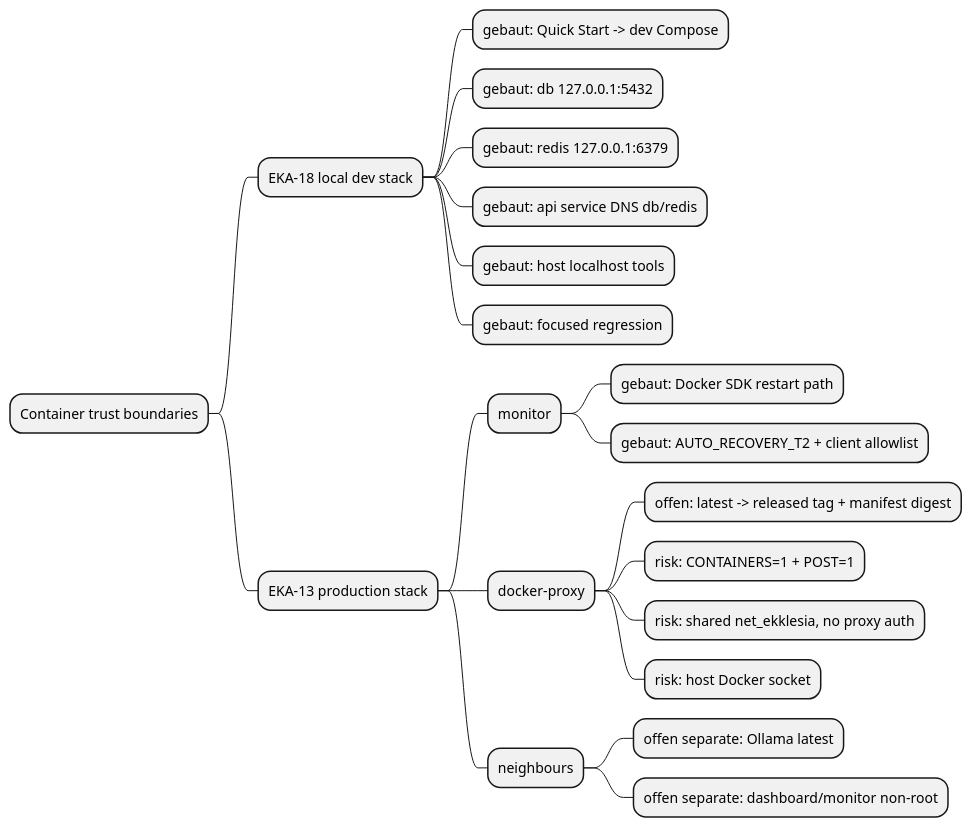
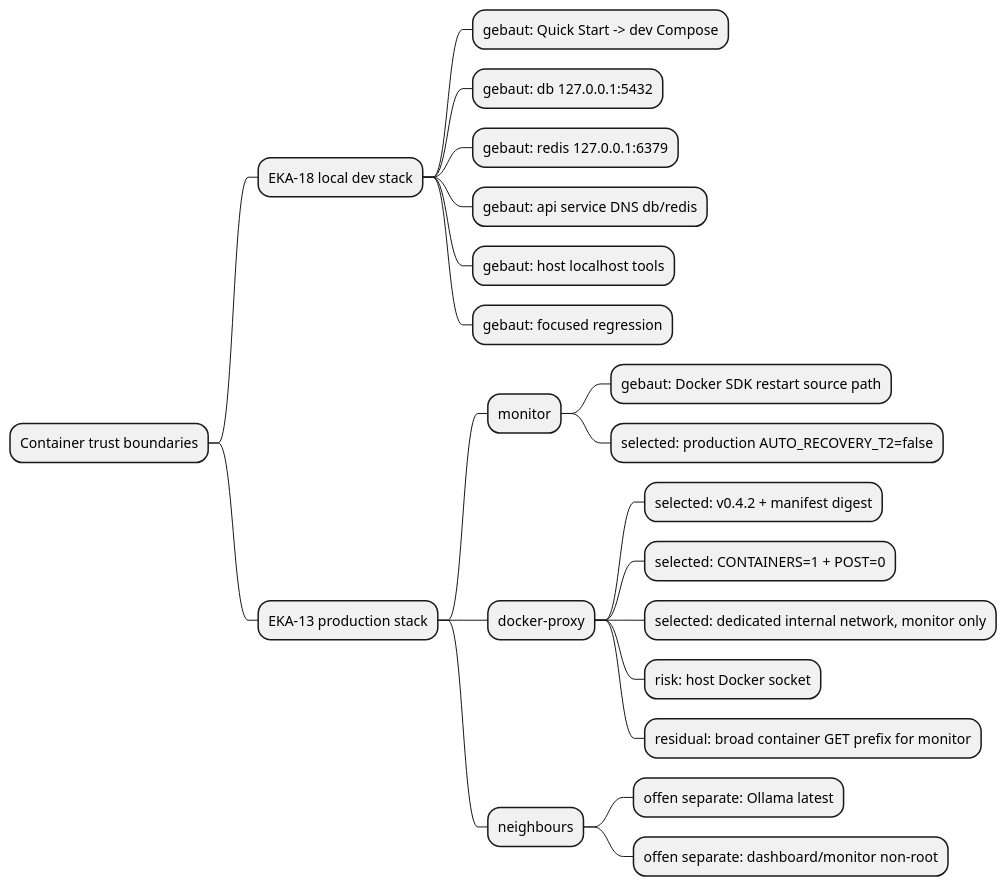
The first of 2 diagrams in docs/architecture/map.puml (NeaBouli/pnyx), drawn with PlantUML before and after one commit. The commit also changed other lines of this file and 6 other files, not shown here.

Commit message:
docs(architecture): select EKA-13 isolation boundary

```diff
--- a/docs/architecture/map.puml
+++ b/docs/architecture/map.puml
@@ -1,22 +1,23 @@
 @startmindmap
 * Container trust boundaries
 ** EKA-18 local dev stack
 *** gebaut: Quick Start -> dev Compose
 *** gebaut: db 127.0.0.1:5432
 *** gebaut: redis 127.0.0.1:6379
 *** gebaut: api service DNS db/redis
 *** gebaut: host localhost tools
 *** gebaut: focused regression
 ** EKA-13 production stack
 *** monitor
-**** gebaut: Docker SDK restart path
-**** gebaut: AUTO_RECOVERY_T2 + client allowlist
+**** gebaut: Docker SDK restart source path
+**** selected: production AUTO_RECOVERY_T2=false
 *** docker-proxy
-**** offen: latest -> released tag + manifest digest
-**** risk: CONTAINERS=1 + POST=1
-**** risk: shared net_ekklesia, no proxy auth
+**** selected: v0.4.2 + manifest digest
+**** selected: CONTAINERS=1 + POST=0
+**** selected: dedicated internal network, monitor only
 **** risk: host Docker socket
+**** residual: broad container GET prefix for monitor
 *** neighbours
 **** offen separate: Ollama latest
 **** offen separate: dashboard/monitor non-root
 @endmindmap
```
